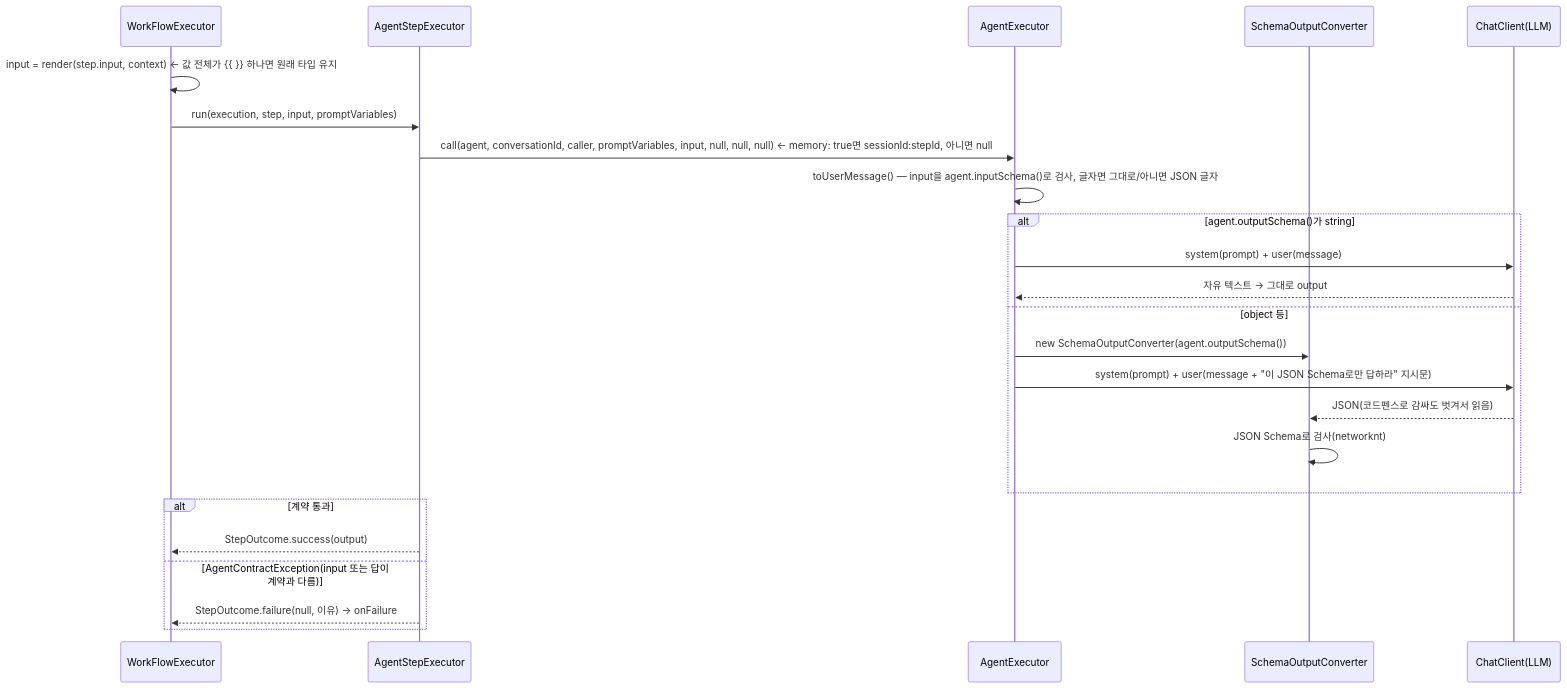
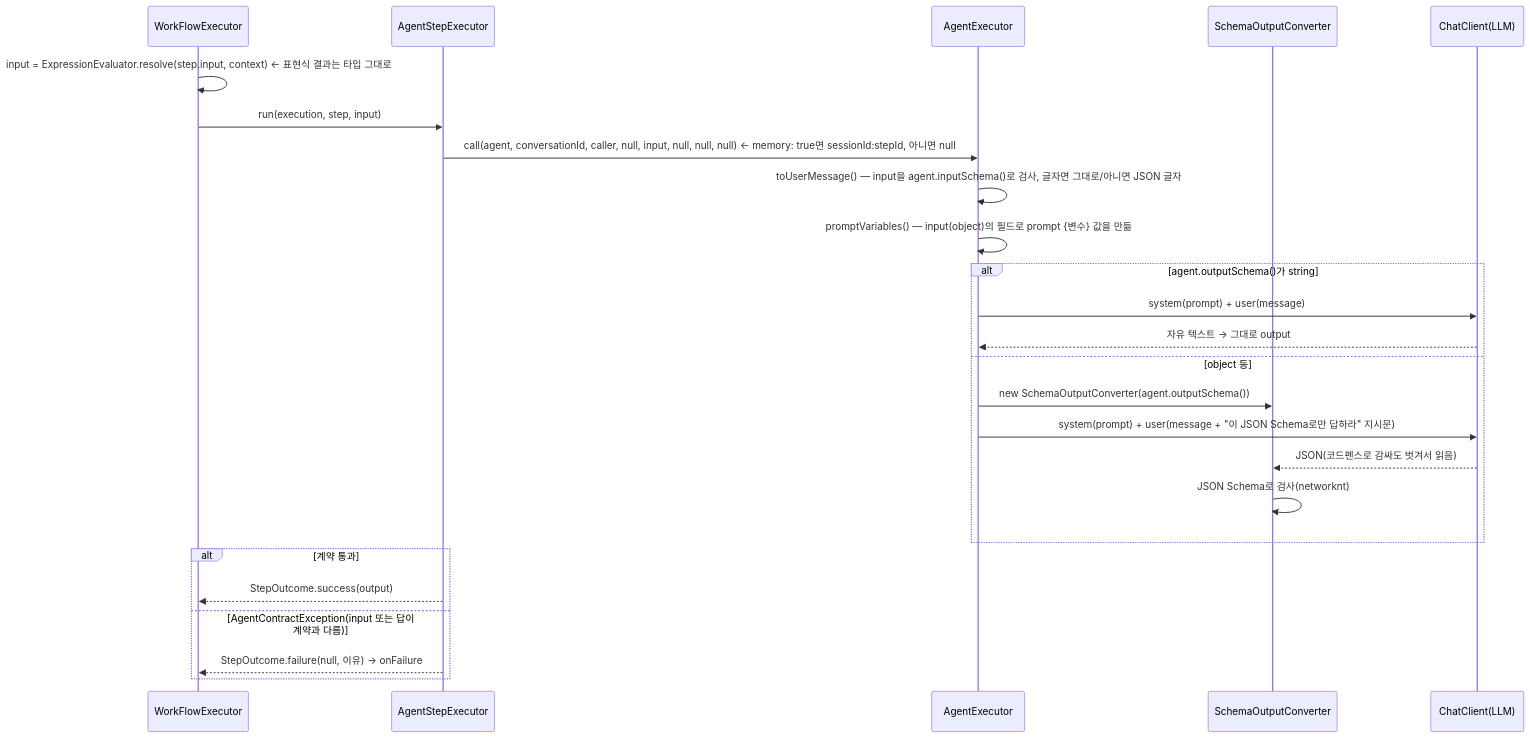
Before and after one commit to YongSoekChoeng/dstone: the sixth of 9 diagrams in docs/09.dstone-ai-engine.md, drawn with Mermaid. The commit also changed other lines of this file and 49 other files, not shown here.

````diff
--- a/docs/09.dstone-ai-engine.md
+++ b/docs/09.dstone-ai-engine.md
@@ -689,26 +698,27 @@
 ```mermaid
 sequenceDiagram
     participant WE as WorkFlowExecutor
     participant ASR as AgentStepExecutor
     participant AE as AgentExecutor
     participant CV as SchemaOutputConverter
     participant LLM as ChatClient(LLM)
-    WE->>WE: input = render(step.input, context)  ← 값 전체가 {{ }} 하나면 원래 타입 유지
-    WE->>ASR: run(execution, step, input, promptVariables)
-    ASR->>AE: call(agent, conversationId, caller, promptVariables, input, null, null, null)  ← memory: true면 sessionId:stepId, 아니면 null
+    WE->>WE: input = ExpressionEvaluator.resolve(step.input, context)  ← 표현식 결과는 타입 그대로
+    WE->>ASR: run(execution, step, input)
+    ASR->>AE: call(agent, conversationId, caller, null, input, null, null, null)  ← memory: true면 sessionId:stepId, 아니면 null
     AE->>AE: toUserMessage() — input을 agent.inputSchema()로 검사, 글자면 그대로/아니면 JSON 글자
+    AE->>AE: promptVariables() — input(object)의 필드로 prompt {변수} 값을 만듦
     alt agent.outputSchema()가 string
         AE->>LLM: system(prompt) + user(message)
         LLM-->>AE: 자유 텍스트 → 그대로 output
     else object 등
         AE->>CV: new SchemaOutputConverter(agent.outputSchema())
         AE->>LLM: system(prompt) + user(message + "이 JSON Schema로만 답하라" 지시문)
         LLM-->>CV: JSON(코드펜스로 감싸도 벗겨서 읽음)
         CV->>CV: JSON Schema로 검사(networknt)
     end
     alt 계약 통과
         ASR-->>WE: StepOutcome.success(output)
     else AgentContractException(input 또는 답이 계약과 다름)
         ASR-->>WE: StepOutcome.failure(null, 이유) → onFailure
     end
 ```
````
